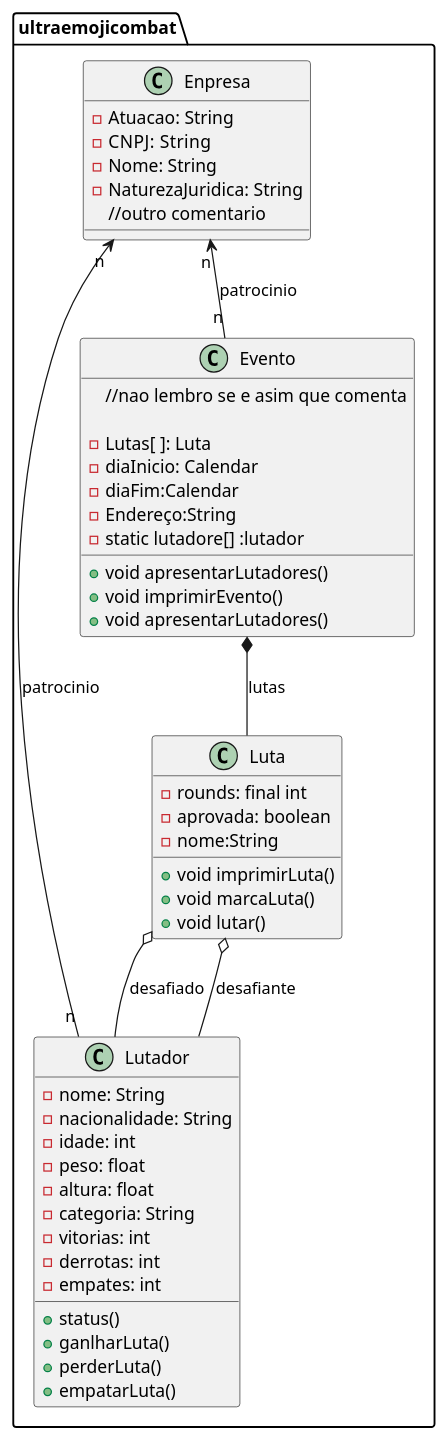
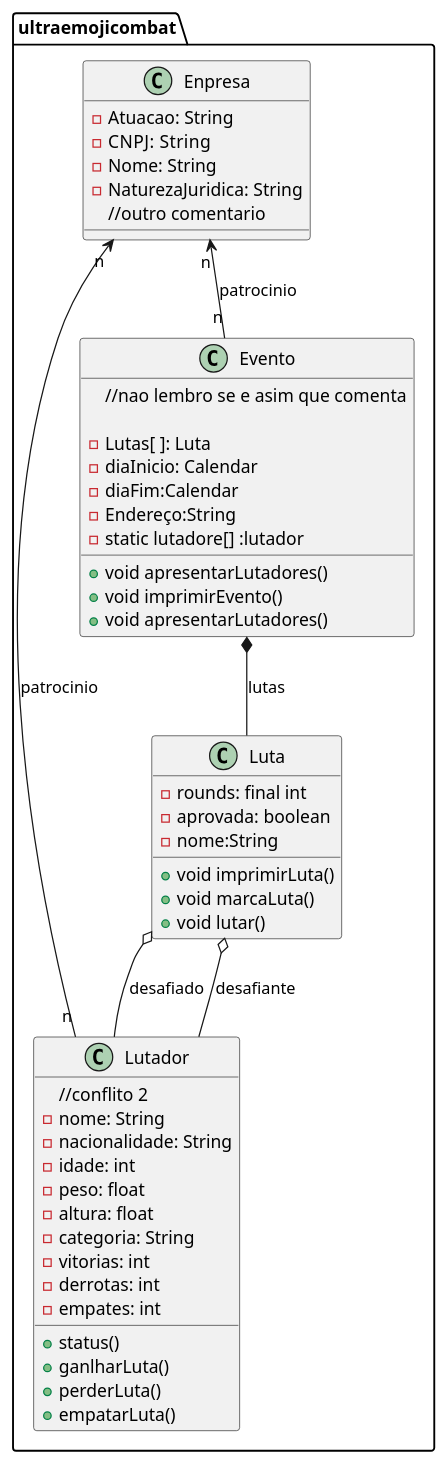
Before and after one commit to guisiq/ultraemojicombat: the diagram in exercicio.wsd, drawn with PlantUML.

Commit message:
conflito 2

```diff
--- a/exercicio.wsd
+++ b/exercicio.wsd
@@ -1,53 +1,54 @@
 @startuml exercicio
 package  ultraemojicombat <<folder>>{
 
     class Lutador{
+        //conflito 2
         - nome: String
         - nacionalidade: String
         - idade: int   
         - peso: float 
         - altura: float 
         - categoria: String
         - vitorias: int   
         - derrotas: int   
         - empates: int   
 
         + status()
         + ganlharLuta()
         + perderLuta()
         + empatarLuta()    
     }
     class Luta{
         - rounds: final int
         - aprovada: boolean
         - nome:String
         + void imprimirLuta()
         + void marcaLuta()
         + void lutar()
     }
     class Enpresa{
         - Atuacao: String
         - CNPJ:  String
         - Nome: String
         - NaturezaJuridica: String
         //outro comentario
     }
     class Evento{
         //nao lembro se e asim que comenta 
 
         - Lutas[ ]: Luta
         - diaInicio: Calendar
         - diaFim:Calendar
         - Endereço:String
         - static lutadore[] :lutador
         + void apresentarLutadores()
         + void imprimirEvento()
         + void apresentarLutadores()
     }
     Evento *-- Luta: lutas
     Luta o-- Lutador: desafiado
     Luta o-- Lutador: desafiante
     Enpresa "n" <-- "n" Lutador :patrocinio
     Enpresa "n" <-- "n" Evento  :patrocinio
 }
 @enduml
```
